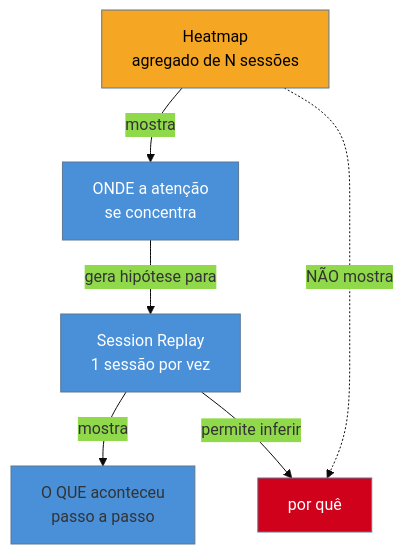
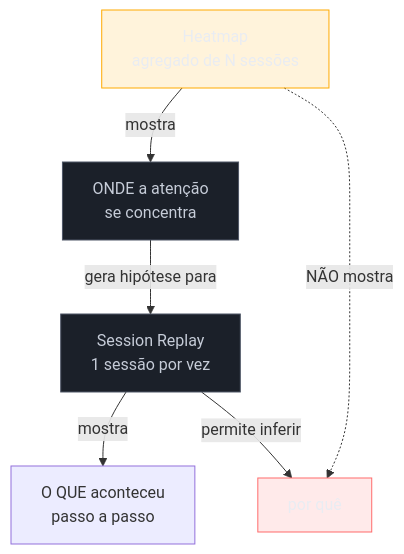
One commit to josenaldo/codex-technomanticus changed the diagram in 03-Dominios/Engenharia/UX/Medir, Validar e Sustentar/43 - Session replay e heatmap - o que provam e o que não.md. Above: the diagram before and after it, drawn with Mermaid. The commit also changed 1181 other files, not shown here.

First line of the commit message:
fix(diagramas): paleta do sistema no lugar de cor cravada no markdown

````diff
--- a/03-Dominios/Engenharia/UX/Medir, Validar e Sustentar/43 - Session replay e heatmap - o que provam e o que não.md
+++ b/03-Dominios/Engenharia/UX/Medir, Validar e Sustentar/43 - Session replay e heatmap - o que provam e o que não.md
@@ -39,13 +39,15 @@
 ```mermaid
-%%{init: {"theme": "base", "themeVariables": {"primaryColor": "#4A90D9"}}}%%
 graph TD
+    classDef destaque fill:#FFAA0024,stroke:#FFAA00,color:#E9ECF2
+    classDef neutro fill:#1B2029,stroke:#4E5666,color:#C6CCD8
+    classDef falha fill:#FF6B6B24,stroke:#FF6B6B,color:#E9ECF2
     HM["Heatmap<br/>agregado de N sessões"] -->|"mostra"| ONDE["ONDE a atenção<br/>se concentra"]
     HM -.->|"NÃO mostra"| PORQUE["por quê"]
     SR["Session Replay<br/>1 sessão por vez"] -->|"mostra"| OQUE["O QUE aconteceu<br/>passo a passo"]
     SR -->|"permite inferir"| PORQUE
     ONDE -->|"gera hipótese para"| SR
-    style HM fill:#F5A623,color:#000
-    style ONDE fill:#4A90D9,color:#fff
-    style PORQUE fill:#D0021B,color:#fff
-    style SR fill:#4A90D9,color:#fff
+    class HM destaque
+    class ONDE neutro
+    class PORQUE falha
+    class SR neutro
 ```
````
